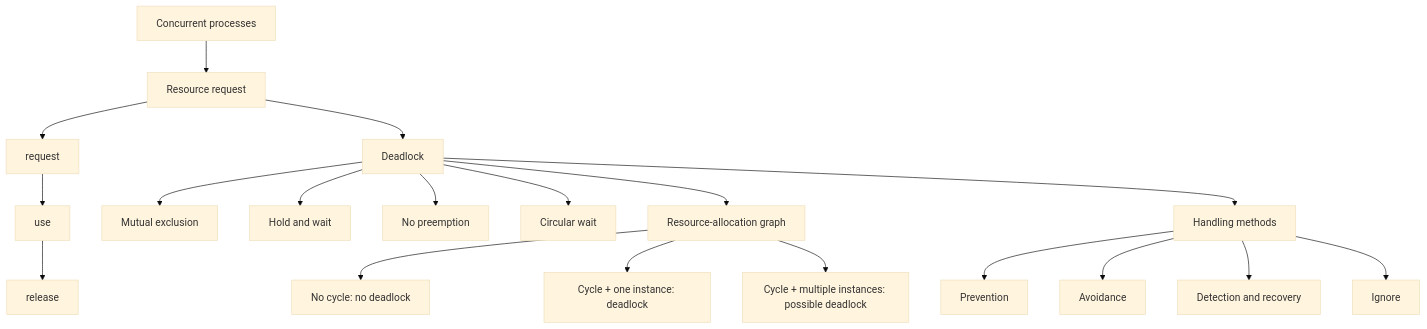
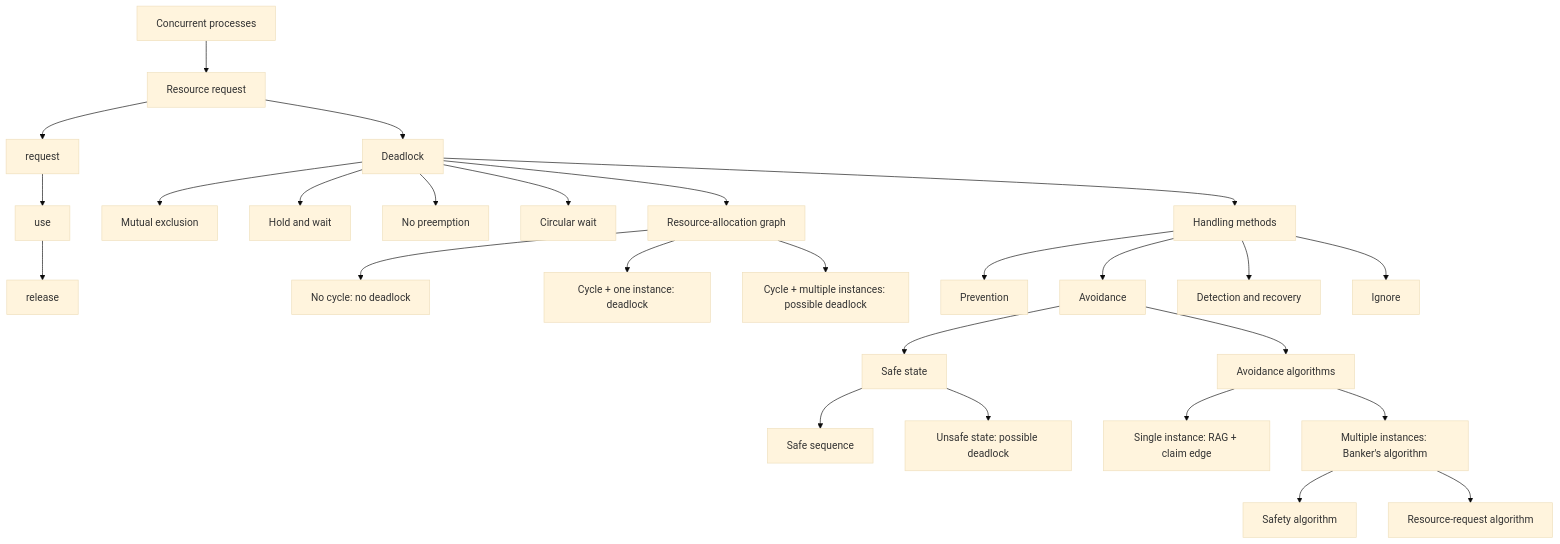
The diagram in Theory/07_Deadlocks.md (JunhyungLee25/Operating-System), drawn with Mermaid (base theme) before and after one commit. The commit also changed other lines of this file, not shown here.

Commit message:
week11_ch7_safety_algorithm

````diff
--- a/Theory/07_Deadlocks.md
+++ b/Theory/07_Deadlocks.md
@@ -16,21 +16,29 @@
 ```mermaid
 flowchart TD
     A[Concurrent processes] --> B[Resource request]
     B --> C[request]
     C --> D[use]
     D --> E[release]
     B --> F[Deadlock]
     F --> G[Mutual exclusion]
     F --> H[Hold and wait]
     F --> I[No preemption]
     F --> J[Circular wait]
     F --> K[Resource-allocation graph]
     K --> L[No cycle: no deadlock]
     K --> M[Cycle + one instance: deadlock]
     K --> N[Cycle + multiple instances: possible deadlock]
     F --> O[Handling methods]
     O --> P[Prevention]
     O --> Q[Avoidance]
     O --> R[Detection and recovery]
     O --> S[Ignore]
+    Q --> T[Safe state]
+    T --> U[Safe sequence]
+    T --> V[Unsafe state: possible deadlock]
+    Q --> W[Avoidance algorithms]
+    W --> X[Single instance: RAG + claim edge]
+    W --> Y[Multiple instances: Banker's algorithm]
+    Y --> Z[Safety algorithm]
+    Y --> AA[Resource-request algorithm]
 ```
````
